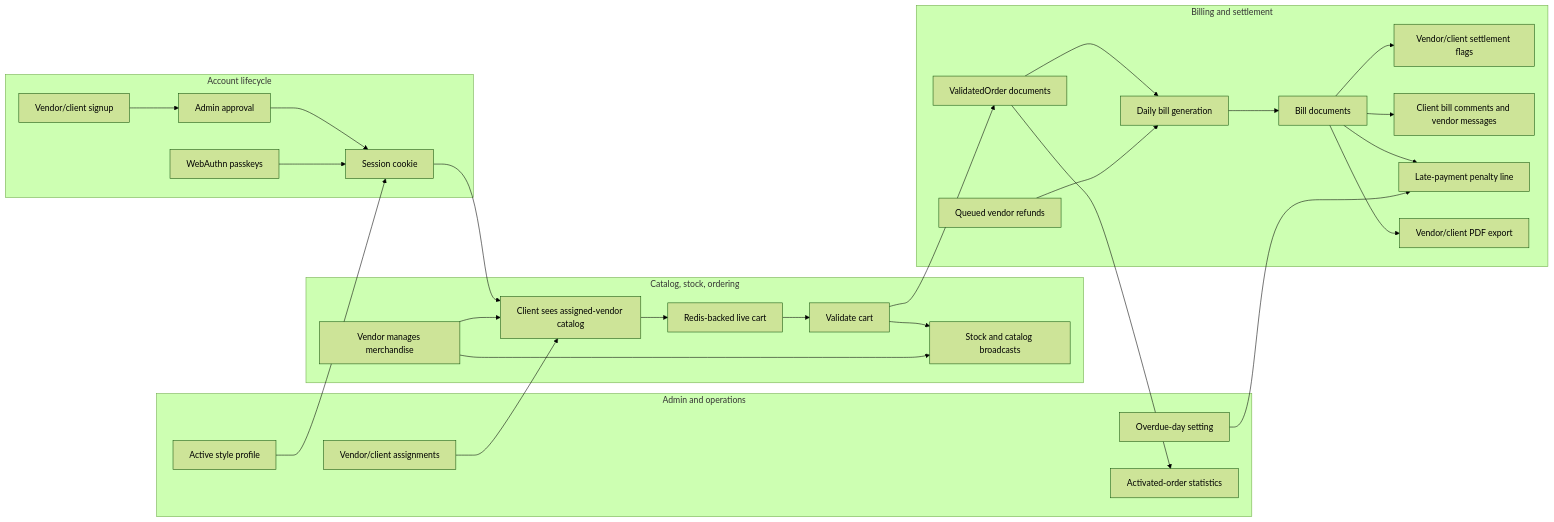
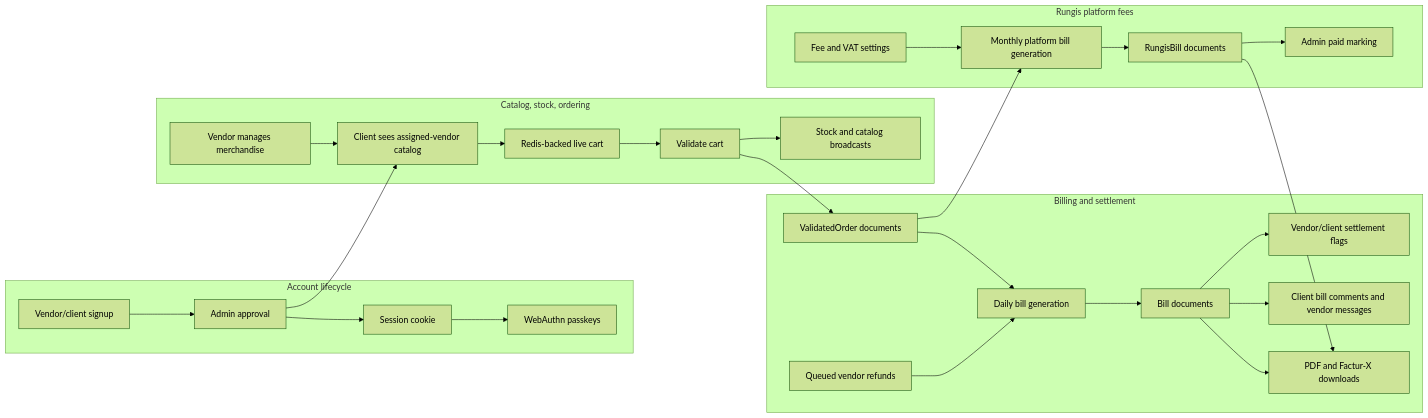
Before and after one commit to lad75020/Rungis: the fourth of 5 diagrams in .sdd/docs/technical-application-diagram.md, drawn with Mermaid (forest theme). The commit also changed other lines of this file and 5 other files, not shown here.

Commit message:
architecture docs

````diff
--- a/.sdd/docs/technical-application-diagram.md
+++ b/.sdd/docs/technical-application-diagram.md
@@ -237,59 +219,55 @@
 ```mermaid
 flowchart LR
     subgraph Auth[Account lifecycle]
         Subscribe[Vendor/client signup]
         Approval[Admin approval]
         Session[Session cookie]
         Passkeys[WebAuthn passkeys]
     end
 
     subgraph Ordering[Catalog, stock, ordering]
         VendorStocks[Vendor manages merchandise]
         Catalog[Client sees assigned-vendor catalog]
         Cart[Redis-backed live cart]
         Validate[Validate cart]
         StockBroadcast[Stock and catalog broadcasts]
     end
 
     subgraph Billing[Billing and settlement]
         ValidatedOrders[ValidatedOrder documents]
         DailyJob[Daily bill generation]
         Refunds[Queued vendor refunds]
         Bills[Bill documents]
         Settlement[Vendor/client settlement flags]
         Comments[Client bill comments and vendor messages]
-        Penalties[Late-payment penalty line]
-        Pdf[Vendor/client PDF export]
+        Documents[PDF and Factur-X downloads]
     end
 
-    subgraph AdminOps[Admin and operations]
-        Associations[Vendor/client assignments]
-        OverdueSetting[Overdue-day setting]
-        StyleSetting[Active style profile]
-        Statistics[Activated-order statistics]
+    subgraph RungisFee[Rungis platform fees]
+        FeeSettings[Fee and VAT settings]
+        MonthGeneration[Monthly platform bill generation]
+        RungisInvoices[RungisBill documents]
+        PaidState[Admin paid marking]
     end
 
     Subscribe --> Approval
     Approval --> Session
-    Session --> Catalog
-    Passkeys --> Session
-
-    Associations --> Catalog
+    Session --> Passkeys
+    Approval --> Catalog
     VendorStocks --> Catalog
     Catalog --> Cart
     Cart --> Validate
     Validate --> ValidatedOrders
     Validate --> StockBroadcast
-    VendorStocks --> StockBroadcast
-
     ValidatedOrders --> DailyJob
     Refunds --> DailyJob
     DailyJob --> Bills
     Bills --> Settlement
     Bills --> Comments
-    Bills --> Penalties
-    Bills --> Pdf
-    OverdueSetting --> Penalties
-    StyleSetting --> Session
-    ValidatedOrders --> Statistics
+    Bills --> Documents
+    ValidatedOrders --> MonthGeneration
+    FeeSettings --> MonthGeneration
+    MonthGeneration --> RungisInvoices
+    RungisInvoices --> PaidState
+    RungisInvoices --> Documents
 ```
````
